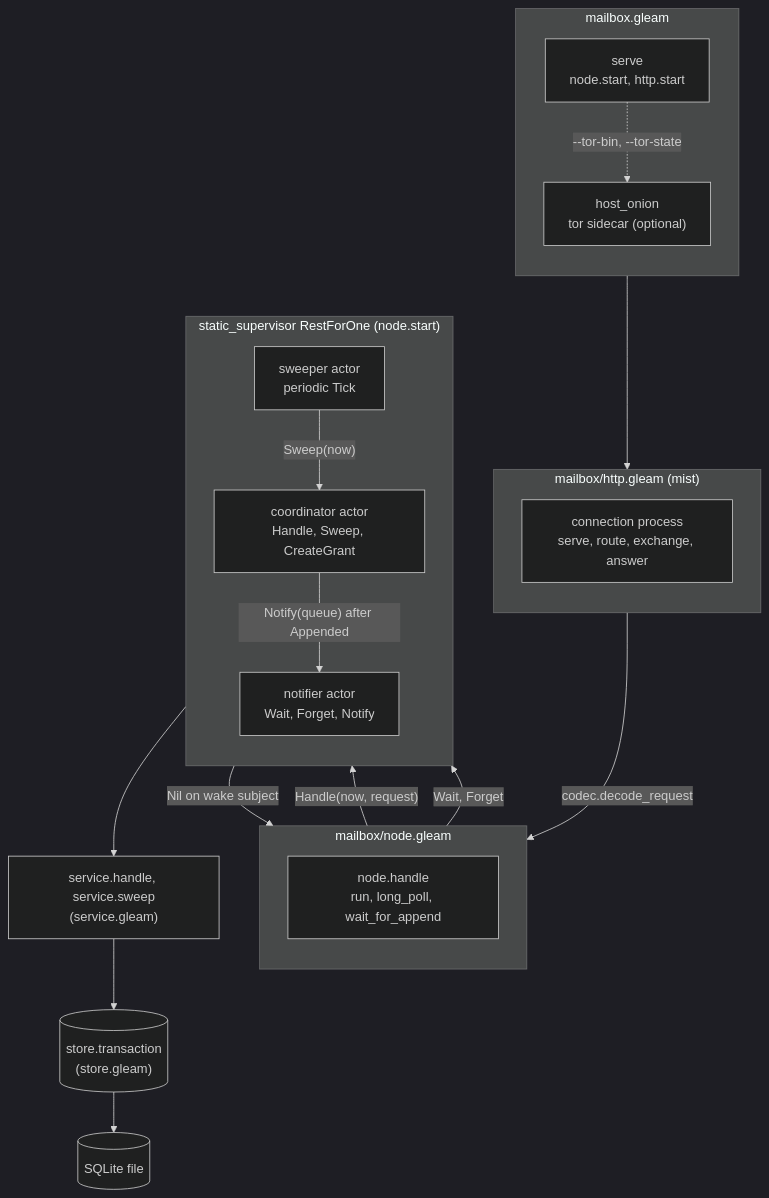
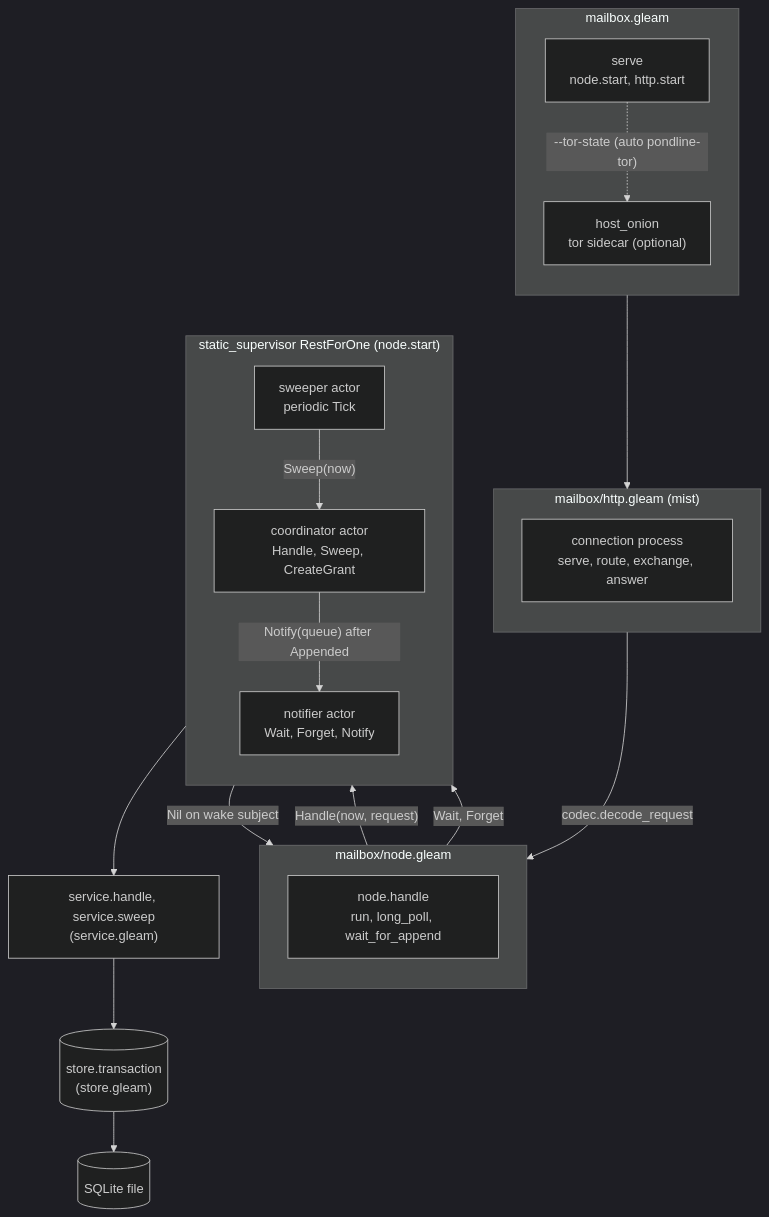
The first of 2 diagrams in packages/mailbox/README.md (Roasbeef/pondline), drawn with Mermaid (dark theme) before and after one commit. The commit also changed other lines of this file and 10 other files, not shown here.

First line of the commit message:
docs: sync architecture docs and site allowlist with ADR-015

````diff
--- a/packages/mailbox/README.md
+++ b/packages/mailbox/README.md
@@ -11,41 +11,41 @@
 ```mermaid
 flowchart TB
     subgraph Main["mailbox.gleam"]
         direction TB
         serve["serve<br/>node.start, http.start"]
         onion["host_onion<br/>tor sidecar (optional)"]
     end
 
     subgraph HTTP["mailbox/http.gleam (mist)"]
         direction TB
         conn["connection process<br/>serve, route, exchange, answer"]
     end
 
     subgraph Node["mailbox/node.gleam"]
         direction TB
         handle["node.handle<br/>run, long_poll, wait_for_append"]
     end
 
     subgraph Sup["static_supervisor RestForOne (node.start)"]
         direction TB
         notifier["notifier actor<br/>Wait, Forget, Notify"]
         coord["coordinator actor<br/>Handle, Sweep, CreateGrant"]
         sweeper["sweeper actor<br/>periodic Tick"]
     end
 
     service["service.handle, service.sweep<br/>(service.gleam)"]
     store[("store.transaction<br/>(store.gleam)")]
     db[("SQLite file")]
 
     serve --> conn
-    serve -. "--tor-bin, --tor-state" .-> onion
+    serve -. "--tor-state (auto pondline-tor)" .-> onion
     conn -- "codec.decode_request" --> handle
     handle -- "Handle(now, request)" --> coord
     handle -- "Wait, Forget" --> notifier
     coord --> service
     service --> store
     store --> db
     coord -- "Notify(queue) after Appended" --> notifier
     notifier -- "Nil on wake subject" --> handle
     sweeper -- "Sweep(now)" --> coord
 ```
````
